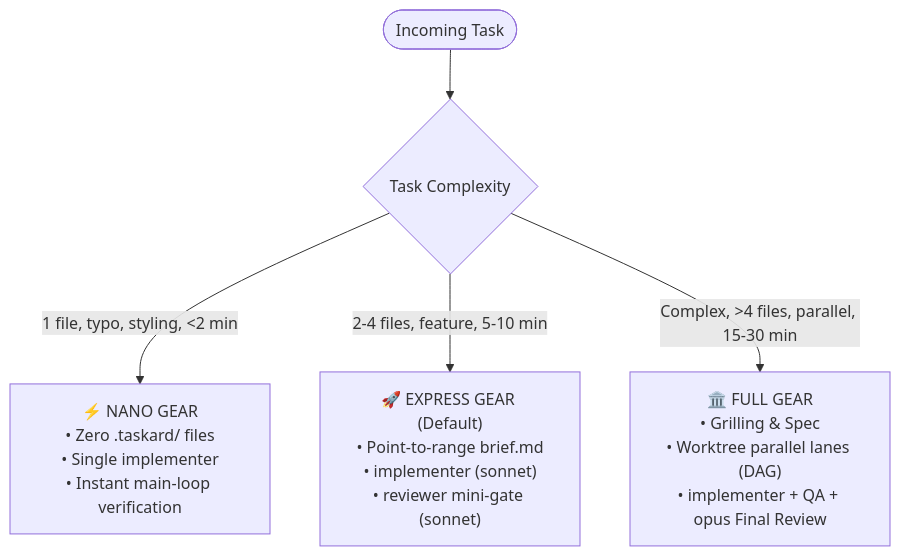
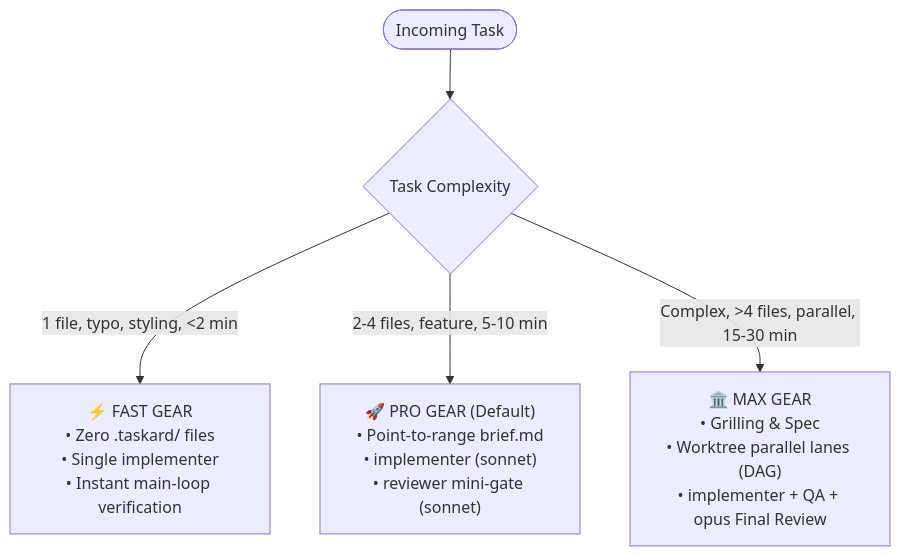
Before and after one commit to emirrtopaloglu/Taskard: the diagram in README.md, drawn with Mermaid. The commit also changed other lines of this file and 20 other files, not shown here.

Commit message:
refactor(gears): unify 3-speed transmission terminology to Fast, Pro, and Max

````diff
--- a/README.md
+++ b/README.md
@@ -131,8 +138,8 @@
 ```mermaid
 flowchart TD
     Task([Incoming Task]) --> Classify{Task Complexity}
     
-    Classify -->|1 file, typo, styling, <2 min| Nano["⚡ NANO GEAR\n• Zero .taskard/ files\n• Single implementer\n• Instant main-loop verification"]
-    Classify -->|2-4 files, feature, 5-10 min| Express["🚀 EXPRESS GEAR (Default)\n• Point-to-range brief.md\n• implementer (sonnet)\n• reviewer mini-gate (sonnet)"]
-    Classify -->|Complex, >4 files, parallel, 15-30 min| Full["🏛️ FULL GEAR\n• Grilling & Spec\n• Worktree parallel lanes (DAG)\n• implementer + QA + opus Final Review"]
+    Classify -->|1 file, typo, styling, <2 min| Fast["⚡ FAST GEAR\n• Zero .taskard/ files\n• Single implementer\n• Instant main-loop verification"]
+    Classify -->|2-4 files, feature, 5-10 min| Pro["🚀 PRO GEAR (Default)\n• Point-to-range brief.md\n• implementer (sonnet)\n• reviewer mini-gate (sonnet)"]
+    Classify -->|Complex, >4 files, parallel, 15-30 min| Max["🏛️ MAX GEAR\n• Grilling & Spec\n• Worktree parallel lanes (DAG)\n• implementer + QA + opus Final Review"]
 ```
````
